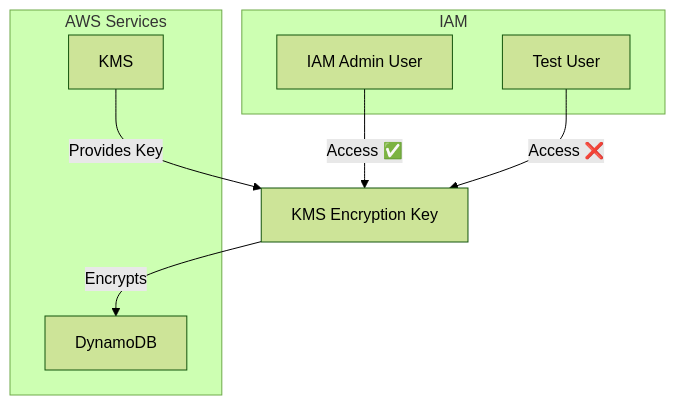
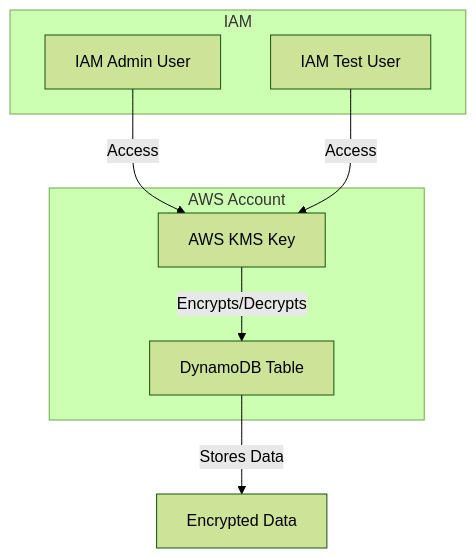
Before and after one commit to whenzvarrerz/Security---Amazon-Web-Services: the diagram in Encyrpt Data with AWS KMS/Architecture Diagram AWS KMS.mmd, drawn with Mermaid (forest theme). The commit also changed other lines of this file, not shown here.

Commit message:
Update and rename Architecture Diagaam AWS KMS.md.txt to Architecture Diagram AWS KMS.mmd

```diff
--- a/Encyrpt Data with AWS KMS/Architecture Diagram AWS KMS.mmd
+++ b/Encyrpt Data with AWS KMS/Architecture Diagram AWS KMS.mmd
@@ -1,15 +1,15 @@
 graph TD
-    A[KMS] -->|Provides Key| B[KMS Encryption Key]
-    B -->|Encrypts| C[DynamoDB]
-    D[IAM Admin User] -->|Access ✅| B
-    E[Test User] -->|Access ❌| B
+    A[IAM Admin User] -->|Access| B[AWS KMS Key]
+    C[IAM Test User] -->|Access| B
+    B -->|Encrypts/Decrypts| D[DynamoDB Table]
+    D -->|Stores Data| E[Encrypted Data]
 
-    subgraph AWS Services
+    subgraph AWS Account
+        B
+        D
+    end
+
+    subgraph IAM
         A
         C
     end
-
-    subgraph IAM
-        D
-        E
-    end 
```
